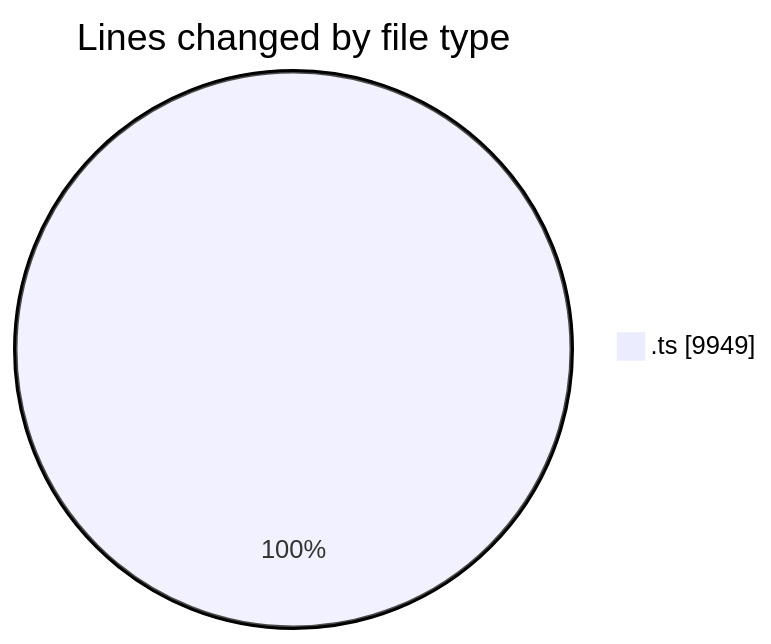
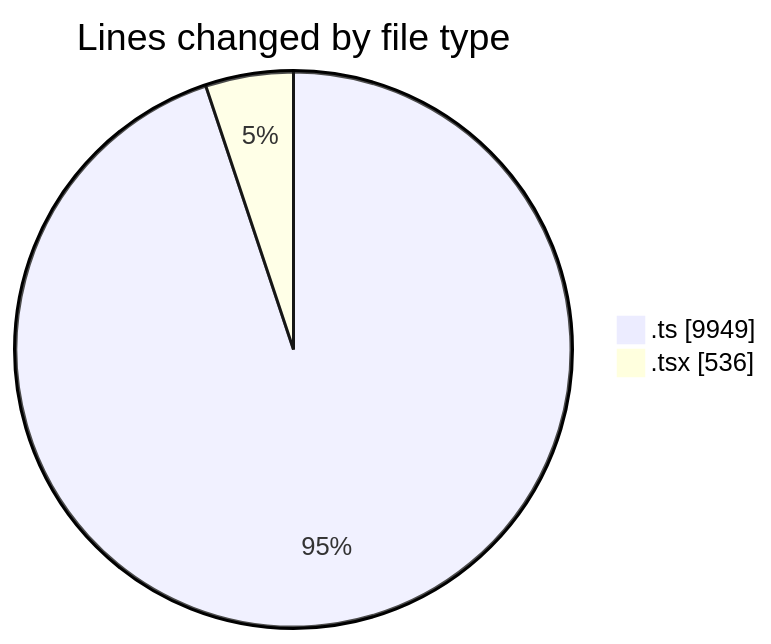
The first of 2 diagrams in 2025-06-11/cda/README.md (momahboobian/code-tracking), drawn with Mermaid before and after one commit. The commit also changed other lines of this file and 1 other file, not shown here.

````diff
--- a/2025-06-11/cda/README.md
+++ b/2025-06-11/cda/README.md
@@ -24,5 +25,6 @@
 ```mermaid
 pie showData
 title Lines changed by file type
 ".ts" : 9949
+".tsx" : 536
 ```
````
